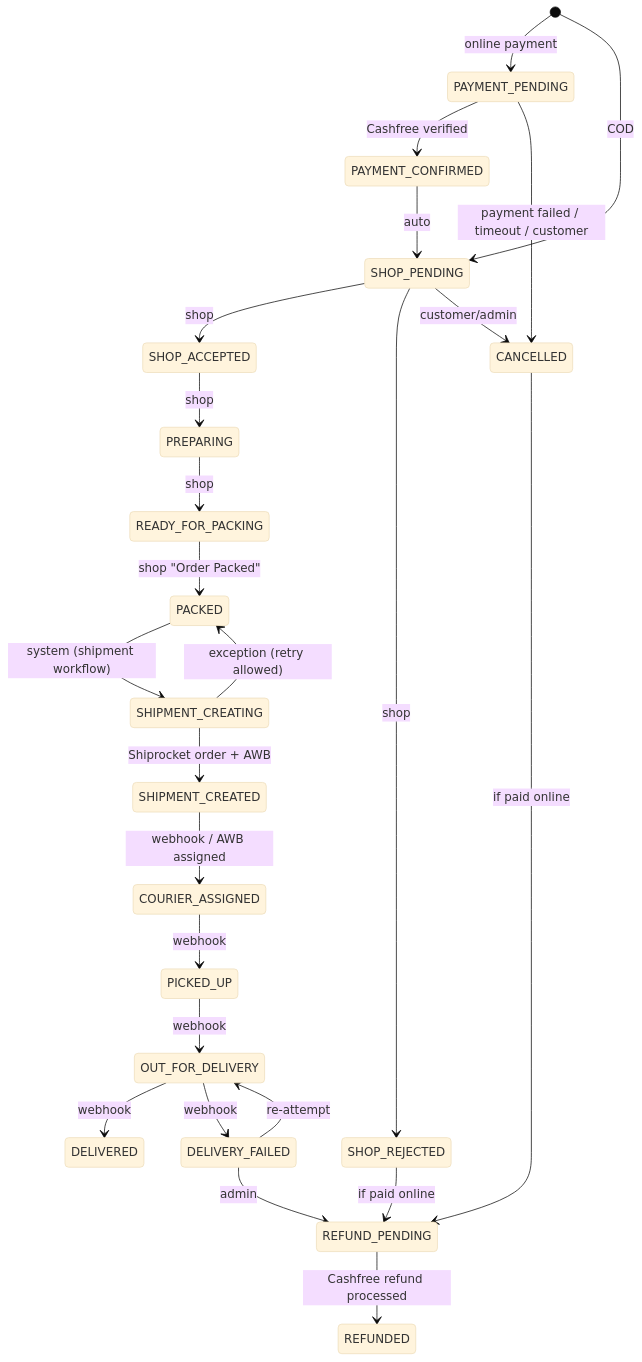
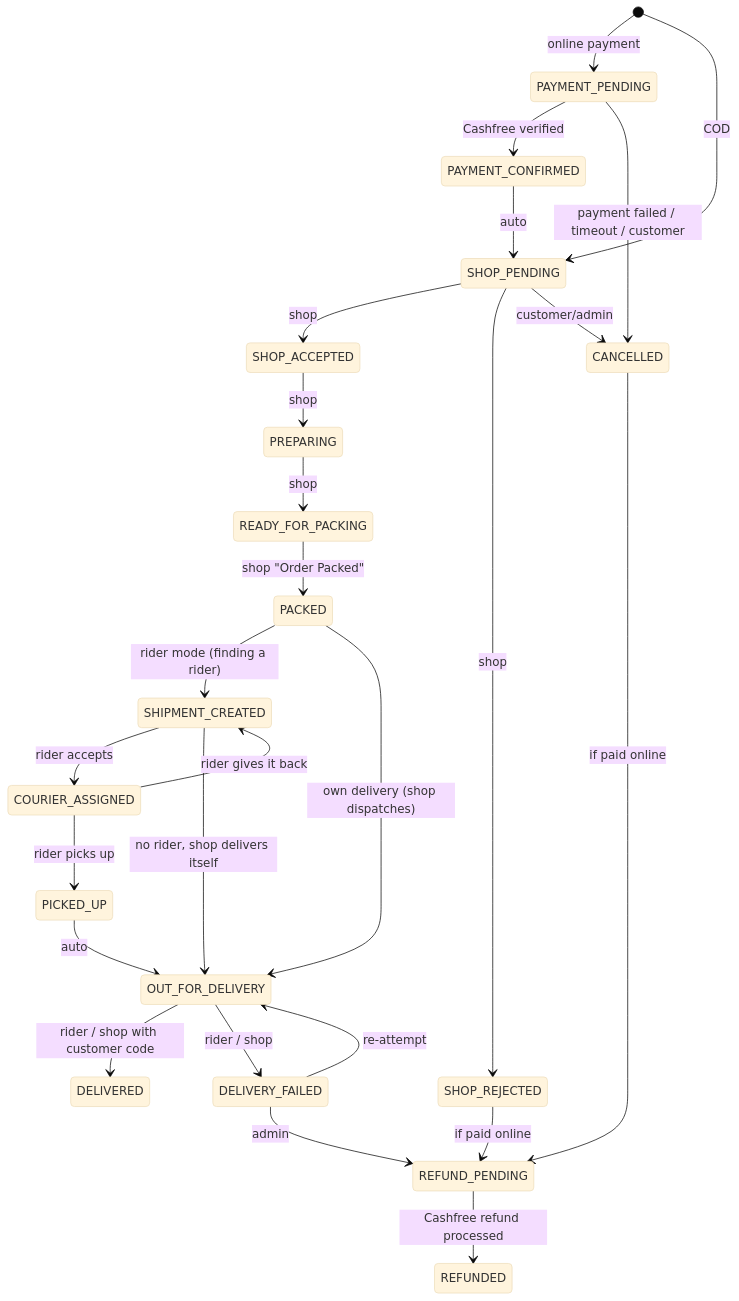
The second of 3 diagrams in docs/ARCHITECTURE.md (muralibedetanapalli-lab/Dukaan-Express), drawn with Mermaid (base theme) before and after one commit. The commit also changed other lines of this file and 203 other files, not shown here.

First line of the commit message:
Own delivery + Dukaan Express riders; remove Shiprocket

````diff
--- a/docs/ARCHITECTURE.md
+++ b/docs/ARCHITECTURE.md
@@ -81,27 +80,28 @@
 ```mermaid
 stateDiagram-v2
   [*] --> PAYMENT_PENDING: online payment
   [*] --> SHOP_PENDING: COD
   PAYMENT_PENDING --> PAYMENT_CONFIRMED: Cashfree verified
   PAYMENT_PENDING --> CANCELLED: payment failed / timeout / customer
   PAYMENT_CONFIRMED --> SHOP_PENDING: auto
   SHOP_PENDING --> SHOP_ACCEPTED: shop
   SHOP_PENDING --> SHOP_REJECTED: shop
   SHOP_PENDING --> CANCELLED: customer/admin
   SHOP_ACCEPTED --> PREPARING: shop
   PREPARING --> READY_FOR_PACKING: shop
   READY_FOR_PACKING --> PACKED: shop "Order Packed"
-  PACKED --> SHIPMENT_CREATING: system (shipment workflow)
-  SHIPMENT_CREATING --> SHIPMENT_CREATED: Shiprocket order + AWB
-  SHIPMENT_CREATING --> PACKED: exception (retry allowed)
-  SHIPMENT_CREATED --> COURIER_ASSIGNED: webhook / AWB assigned
-  COURIER_ASSIGNED --> PICKED_UP: webhook
-  PICKED_UP --> OUT_FOR_DELIVERY: webhook
-  OUT_FOR_DELIVERY --> DELIVERED: webhook
-  OUT_FOR_DELIVERY --> DELIVERY_FAILED: webhook
+  PACKED --> SHIPMENT_CREATED: rider mode (finding a rider)
+  PACKED --> OUT_FOR_DELIVERY: own delivery (shop dispatches)
+  SHIPMENT_CREATED --> COURIER_ASSIGNED: rider accepts
+  SHIPMENT_CREATED --> OUT_FOR_DELIVERY: no rider, shop delivers itself
+  COURIER_ASSIGNED --> SHIPMENT_CREATED: rider gives it back
+  COURIER_ASSIGNED --> PICKED_UP: rider picks up
+  PICKED_UP --> OUT_FOR_DELIVERY: auto
+  OUT_FOR_DELIVERY --> DELIVERED: rider / shop with customer code
+  OUT_FOR_DELIVERY --> DELIVERY_FAILED: rider / shop
   DELIVERY_FAILED --> OUT_FOR_DELIVERY: re-attempt
   SHOP_REJECTED --> REFUND_PENDING: if paid online
   CANCELLED --> REFUND_PENDING: if paid online
   DELIVERY_FAILED --> REFUND_PENDING: admin
   REFUND_PENDING --> REFUNDED: Cashfree refund processed
 ```
````
